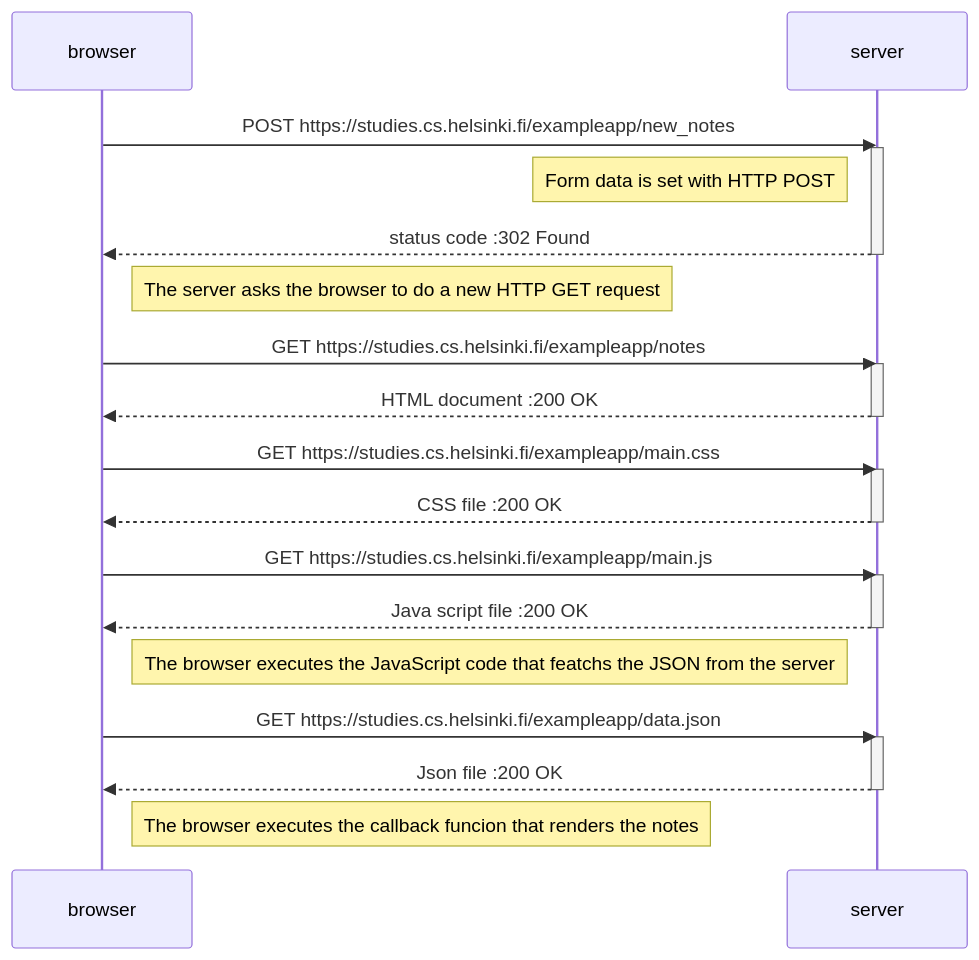
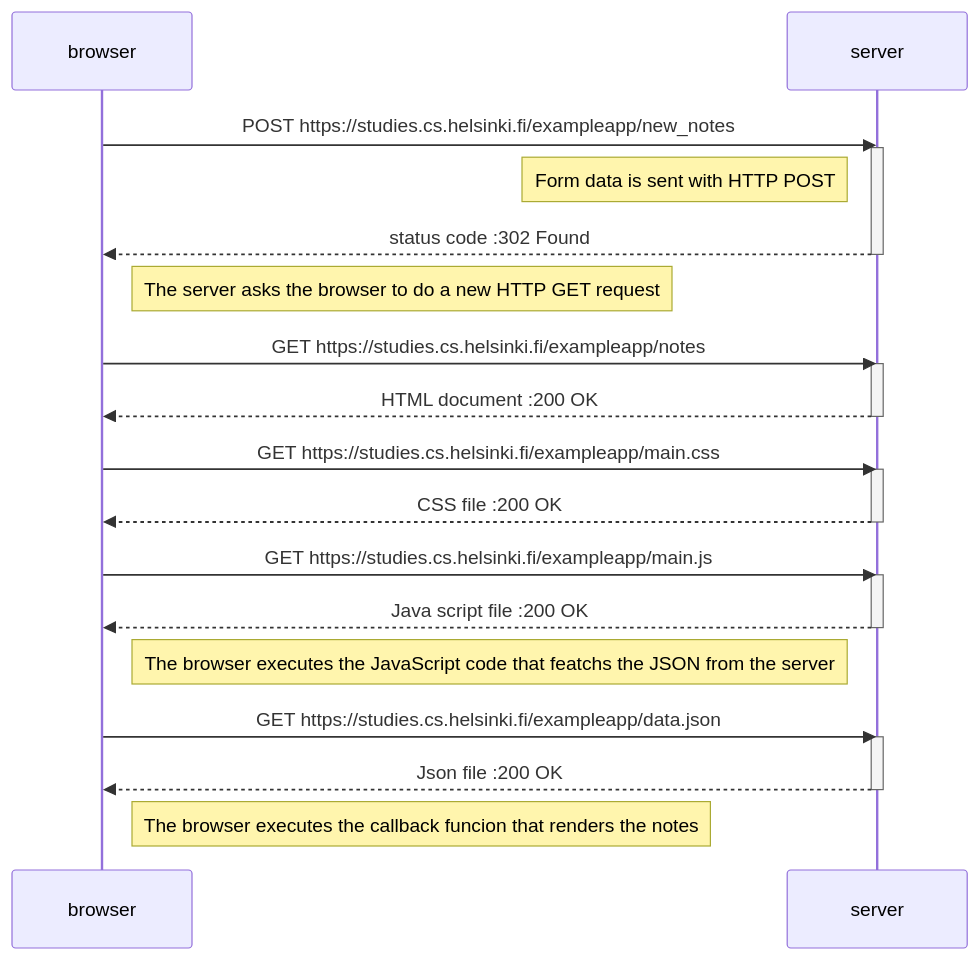
One commit to andersonkwok/git001 changed the diagram in 0.4.md. Above: the diagram before and after it, drawn with Mermaid.

````diff
--- a/0.4.md
+++ b/0.4.md
@@ -2,33 +2,33 @@
 ```mermaid
 sequenceDiagram
     participant browser
     participant server
 
     browser->>server: POST https://studies.cs.helsinki.fi/exampleapp/new_notes
     activate server
-    Note left of server: Form data is set with HTTP POST
+    Note left of server: Form data is sent with HTTP POST
     server-->>browser: status code :302 Found
     deactivate server
 
 Note right of browser:The server asks the browser to do a new HTTP GET request
     browser->>server: GET https://studies.cs.helsinki.fi/exampleapp/notes
     activate server
     server-->>browser: HTML document  :200 OK
     deactivate server
 
     browser->>server: GET https://studies.cs.helsinki.fi/exampleapp/main.css
     activate server
     server-->>browser: CSS file  :200 OK
     deactivate server
 
     browser->>server: GET https://studies.cs.helsinki.fi/exampleapp/main.js
     activate server
     server-->>browser: Java script file  :200 OK
     deactivate server
     Note right of browser :The browser executes the JavaScript code that featchs the JSON from the server
     browser->>server: GET https://studies.cs.helsinki.fi/exampleapp/data.json
     activate server
     server-->>browser: Json file  :200 OK
     deactivate server
     Note right of browser :The browser executes the callback funcion that renders the notes
 ```
````
